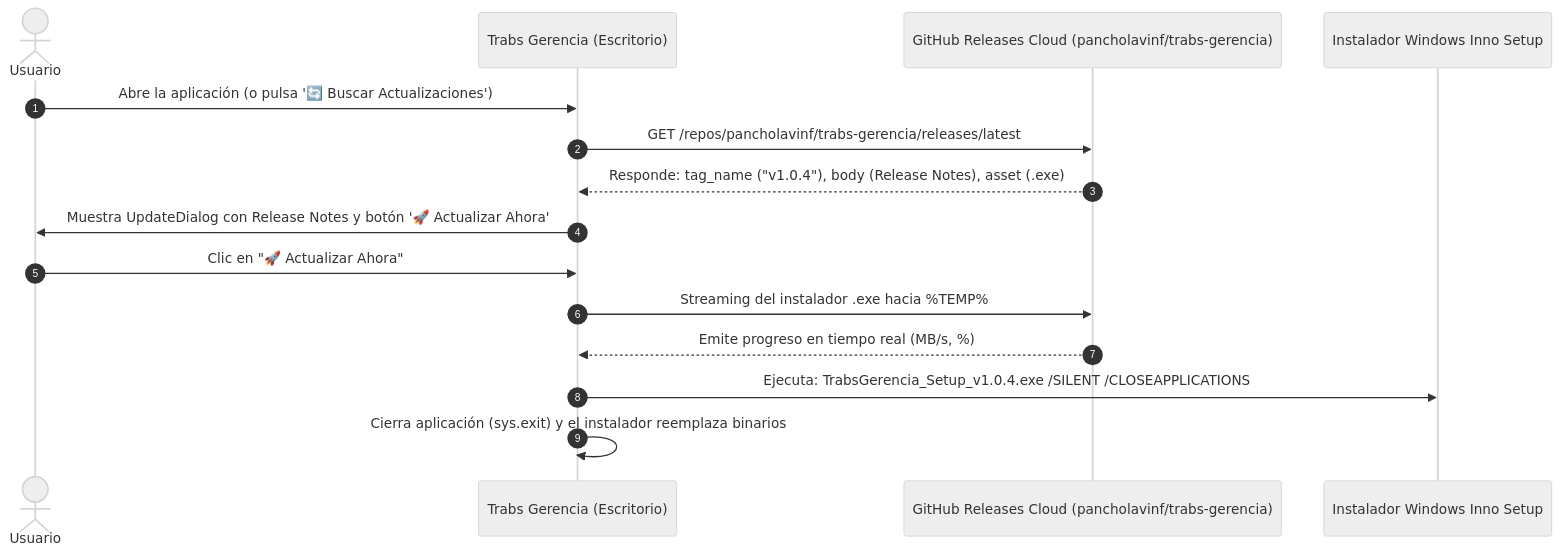
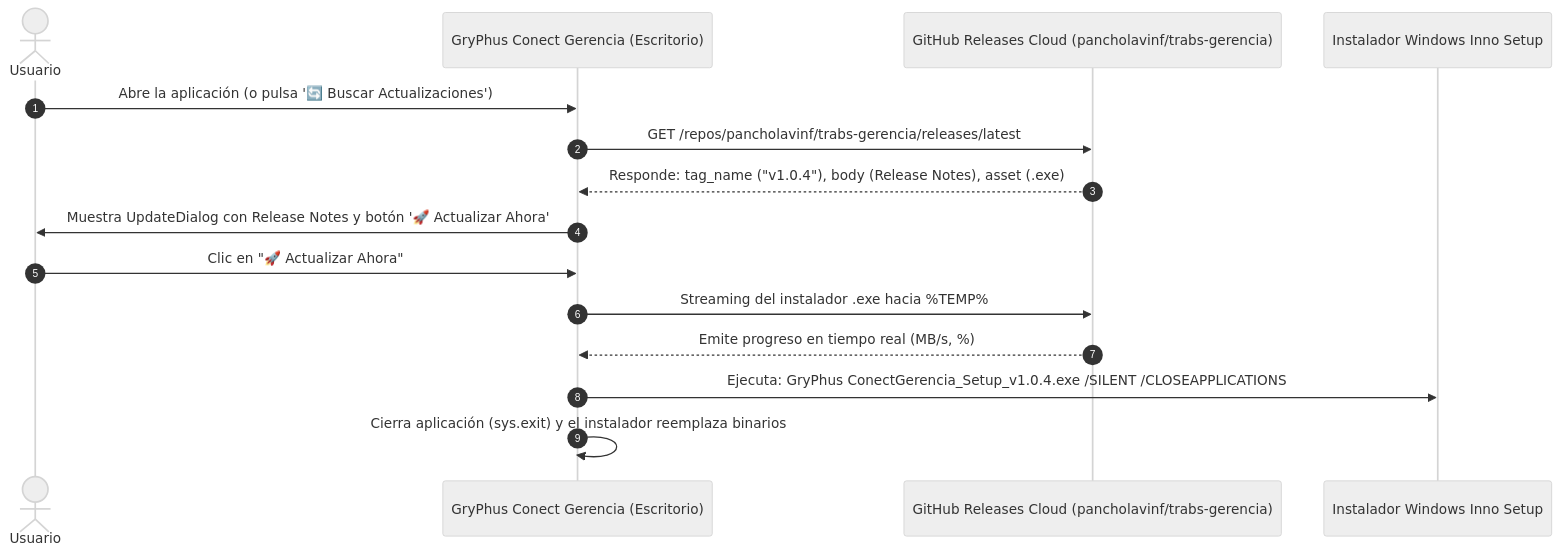
The diagram in INFO PROYECTO/contexto_app_escritorio.md (pancholavinf/GryPhus-Conect), drawn with Mermaid (neutral theme) before and after one commit. The commit also changed other lines of this file and 223 other files, not shown here.

````diff
--- a/INFO PROYECTO/contexto_app_escritorio.md
+++ b/INFO PROYECTO/contexto_app_escritorio.md
@@ -122,18 +122,18 @@
 ```mermaid
 sequenceDiagram
     autonumber
     actor Usuario
-    participant App as Trabs Gerencia (Escritorio)
+    participant App as GryPhus Conect Gerencia (Escritorio)
     participant GitHub as GitHub Releases Cloud (pancholavinf/trabs-gerencia)
     participant Inno as Instalador Windows Inno Setup
 
     Usuario->>App: Abre la aplicación (o pulsa '🔄 Buscar Actualizaciones')
     App->>GitHub: GET /repos/pancholavinf/trabs-gerencia/releases/latest
     GitHub-->>App: Responde: tag_name ("v1.0.4"), body (Release Notes), asset (.exe)
     App->>Usuario: Muestra UpdateDialog con Release Notes y botón '🚀 Actualizar Ahora'
     Usuario->>App: Clic en "🚀 Actualizar Ahora"
     App->>GitHub: Streaming del instalador .exe hacia %TEMP%
     GitHub-->>App: Emite progreso en tiempo real (MB/s, %)
-    App->>Inno: Ejecuta: TrabsGerencia_Setup_v1.0.4.exe /SILENT /CLOSEAPPLICATIONS
+    App->>Inno: Ejecuta: GryPhus ConectGerencia_Setup_v1.0.4.exe /SILENT /CLOSEAPPLICATIONS
     App->>App: Cierra aplicación (sys.exit) y el instalador reemplaza binarios
 ```
````
